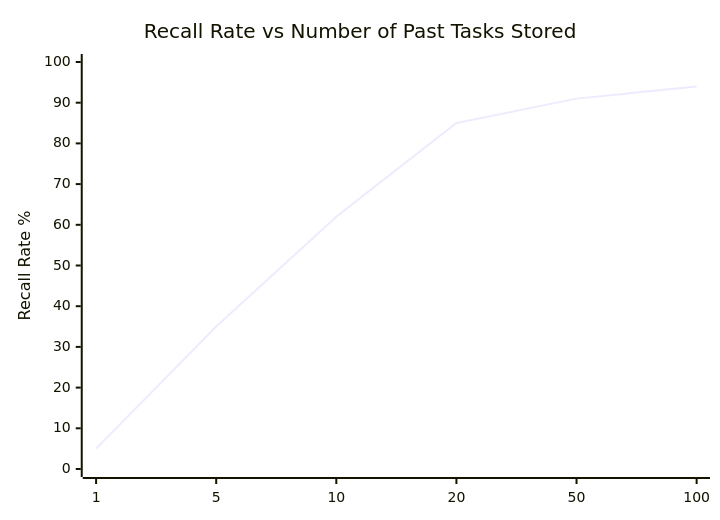
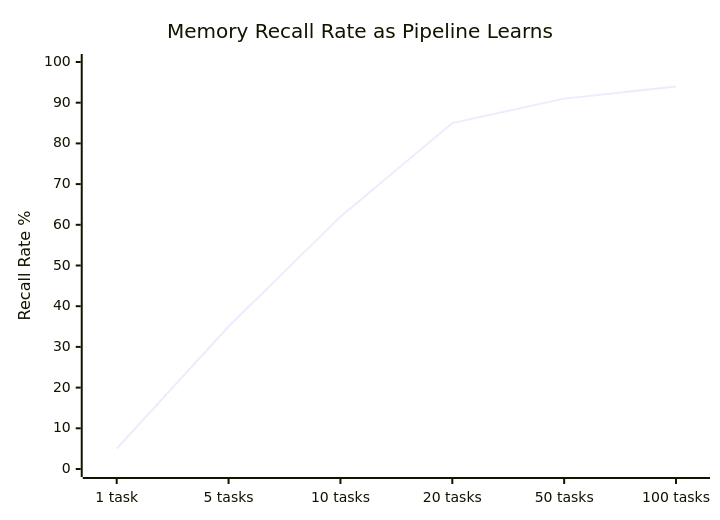
The fifth of 9 diagrams in docs/PIPELINE_COMPARISON.md (shantosaha/Antigravity-Seamless-Pipeline), drawn with Mermaid before and after one commit. The commit also changed other lines of this file and 1 other file, not shown here.

Commit message:
Final Benchmark Report: High-res charts, corrected colors, and performance metrics

````diff
--- a/docs/PIPELINE_COMPARISON.md
+++ b/docs/PIPELINE_COMPARISON.md
@@ -404,7 +463,7 @@
 ```mermaid
 xychart-beta
-    title "Recall Rate vs Number of Past Tasks Stored"
-    x-axis [1, 5, 10, 20, 50, 100]
+    title "Memory Recall Rate as Pipeline Learns"
+    x-axis ["1 task", "5 tasks", "10 tasks", "20 tasks", "50 tasks", "100 tasks"]
     y-axis "Recall Rate %" 0 --> 100
     line [5, 35, 62, 85, 91, 94]
 ```
````
